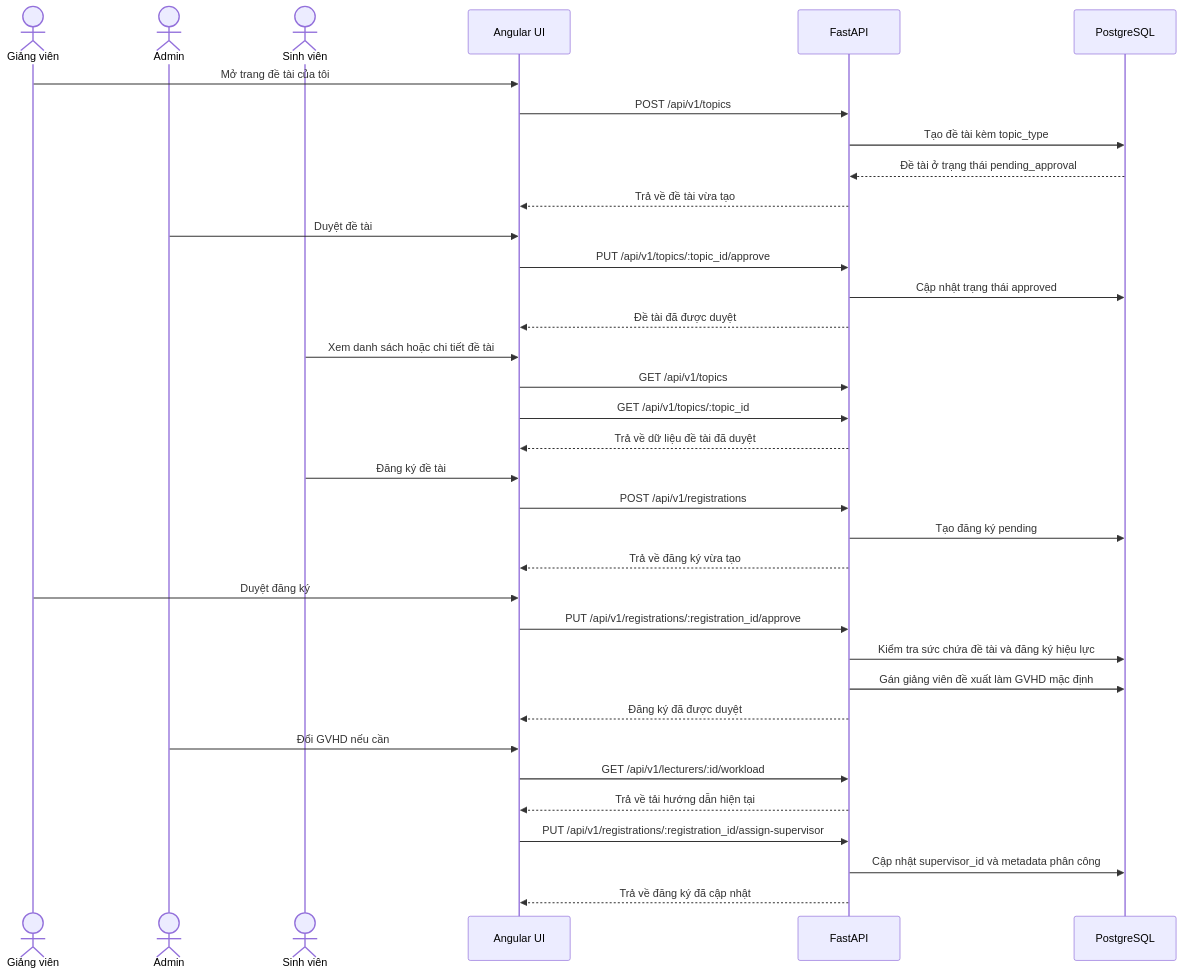
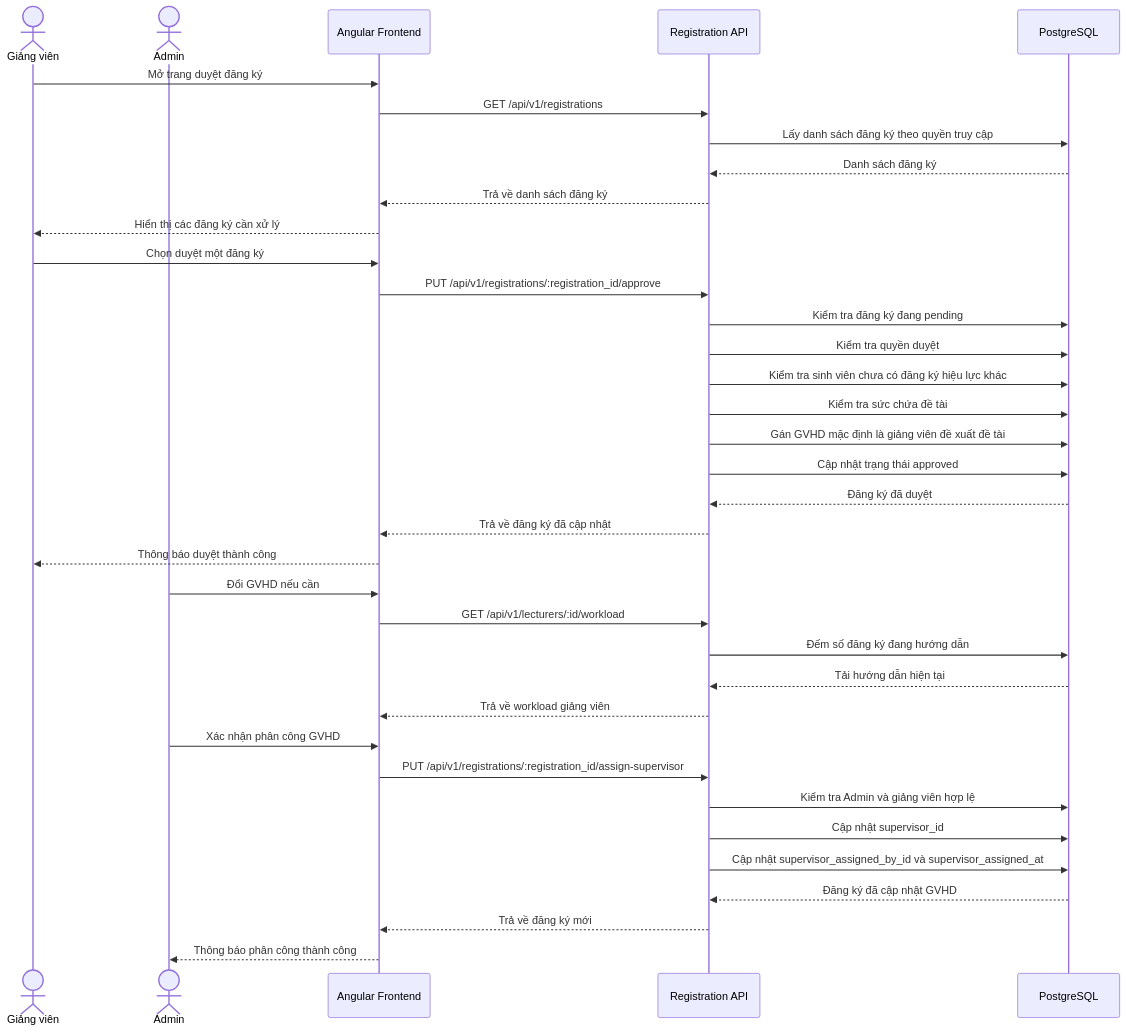
One commit to VanTruong475/research-thesis-portal changed the ninth of 10 diagrams in docs/diagrams_research_thesis_portal.md. Above: the diagram before and after it, drawn with Mermaid. The commit also changed other lines of this file, not shown here.

Commit message:
docs(diagrams): add thesis report diagrams

````diff
--- a/docs/diagrams_research_thesis_portal.md
+++ b/docs/diagrams_research_thesis_portal.md
@@ -378,43 +509,42 @@
 ```mermaid
 sequenceDiagram
     actor Lecturer as Giảng viên
     actor Admin as Admin
-    actor Student as Sinh viên
-    participant Web as Angular UI
-    participant API as FastAPI
+    participant Web as Angular Frontend
+    participant RegistrationAPI as Registration API
     participant DB as PostgreSQL
 
-    Lecturer->>Web: Mở trang đề tài của tôi
-    Web->>API: POST /api/v1/topics
-    API->>DB: Tạo đề tài kèm topic_type
-    DB-->>API: Đề tài ở trạng thái pending_approval
-    API-->>Web: Trả về đề tài vừa tạo
+    Lecturer->>Web: Mở trang duyệt đăng ký
+    Web->>RegistrationAPI: GET /api/v1/registrations
+    RegistrationAPI->>DB: Lấy danh sách đăng ký theo quyền truy cập
+    DB-->>RegistrationAPI: Danh sách đăng ký
+    RegistrationAPI-->>Web: Trả về danh sách đăng ký
+    Web-->>Lecturer: Hiển thị các đăng ký cần xử lý
 
-    Admin->>Web: Duyệt đề tài
-    Web->>API: PUT /api/v1/topics/:topic_id/approve
-    API->>DB: Cập nhật trạng thái approved
-    API-->>Web: Đề tài đã được duyệt
-
-    Student->>Web: Xem danh sách hoặc chi tiết đề tài
-    Web->>API: GET /api/v1/topics
-    Web->>API: GET /api/v1/topics/:topic_id
-    API-->>Web: Trả về dữ liệu đề tài đã duyệt
-
-    Student->>Web: Đăng ký đề tài
-    Web->>API: POST /api/v1/registrations
-    API->>DB: Tạo đăng ký pending
-    API-->>Web: Trả về đăng ký vừa tạo
-
-    Lecturer->>Web: Duyệt đăng ký
-    Web->>API: PUT /api/v1/registrations/:registration_id/approve
-    API->>DB: Kiểm tra sức chứa đề tài và đăng ký hiệu lực
-    API->>DB: Gán giảng viên đề xuất làm GVHD mặc định
-    API-->>Web: Đăng ký đã được duyệt
+    Lecturer->>Web: Chọn duyệt một đăng ký
+    Web->>RegistrationAPI: PUT /api/v1/registrations/:registration_id/approve
+    RegistrationAPI->>DB: Kiểm tra đăng ký đang pending
+    RegistrationAPI->>DB: Kiểm tra quyền duyệt
+    RegistrationAPI->>DB: Kiểm tra sinh viên chưa có đăng ký hiệu lực khác
+    RegistrationAPI->>DB: Kiểm tra sức chứa đề tài
+    RegistrationAPI->>DB: Gán GVHD mặc định là giảng viên đề xuất đề tài
+    RegistrationAPI->>DB: Cập nhật trạng thái approved
+    DB-->>RegistrationAPI: Đăng ký đã duyệt
+    RegistrationAPI-->>Web: Trả về đăng ký đã cập nhật
+    Web-->>Lecturer: Thông báo duyệt thành công
 
     Admin->>Web: Đổi GVHD nếu cần
-    Web->>API: GET /api/v1/lecturers/:id/workload
-    API-->>Web: Trả về tải hướng dẫn hiện tại
-    Web->>API: PUT /api/v1/registrations/:registration_id/assign-supervisor
-    API->>DB: Cập nhật supervisor_id và metadata phân công
-    API-->>Web: Trả về đăng ký đã cập nhật
+    Web->>RegistrationAPI: GET /api/v1/lecturers/:id/workload
+    RegistrationAPI->>DB: Đếm số đăng ký đang hướng dẫn
+    DB-->>RegistrationAPI: Tải hướng dẫn hiện tại
+    RegistrationAPI-->>Web: Trả về workload giảng viên
+
+    Admin->>Web: Xác nhận phân công GVHD
+    Web->>RegistrationAPI: PUT /api/v1/registrations/:registration_id/assign-supervisor
+    RegistrationAPI->>DB: Kiểm tra Admin và giảng viên hợp lệ
+    RegistrationAPI->>DB: Cập nhật supervisor_id
+    RegistrationAPI->>DB: Cập nhật supervisor_assigned_by_id và supervisor_assigned_at
+    DB-->>RegistrationAPI: Đăng ký đã cập nhật GVHD
+    RegistrationAPI-->>Web: Trả về đăng ký mới
+    Web-->>Admin: Thông báo phân công thành công
 ```
````
